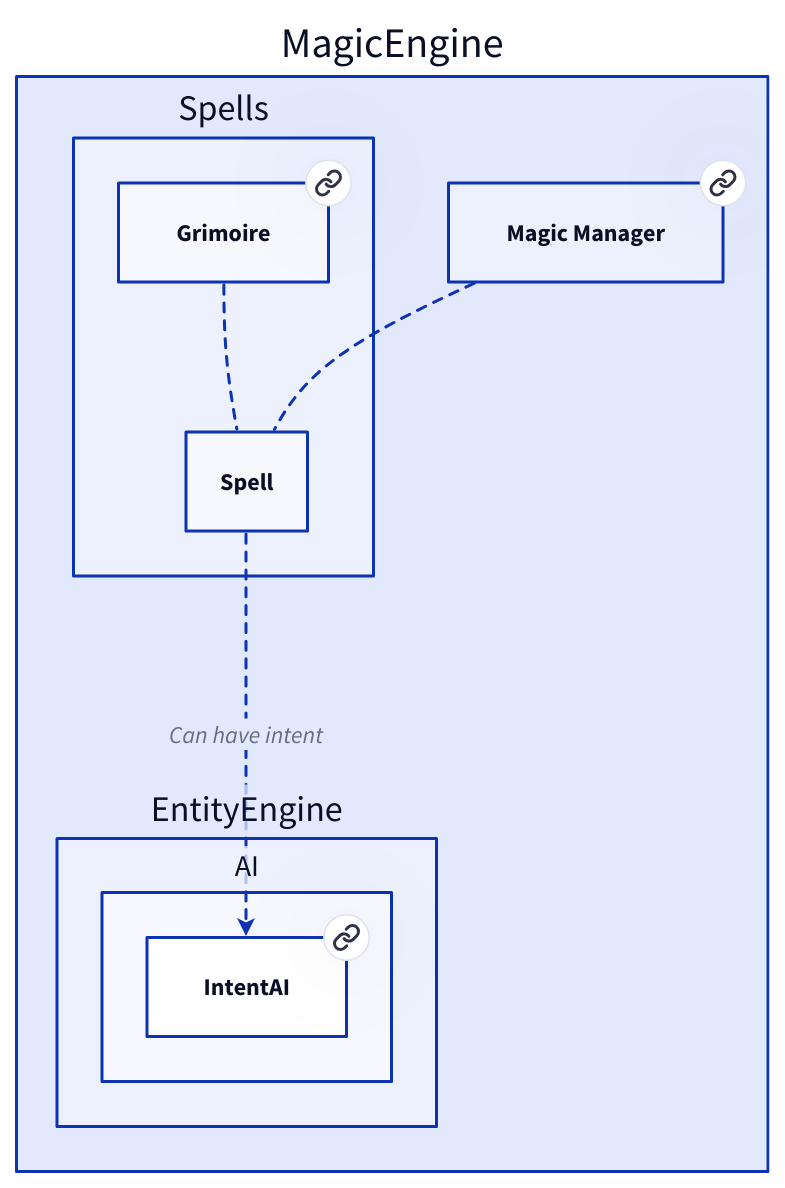
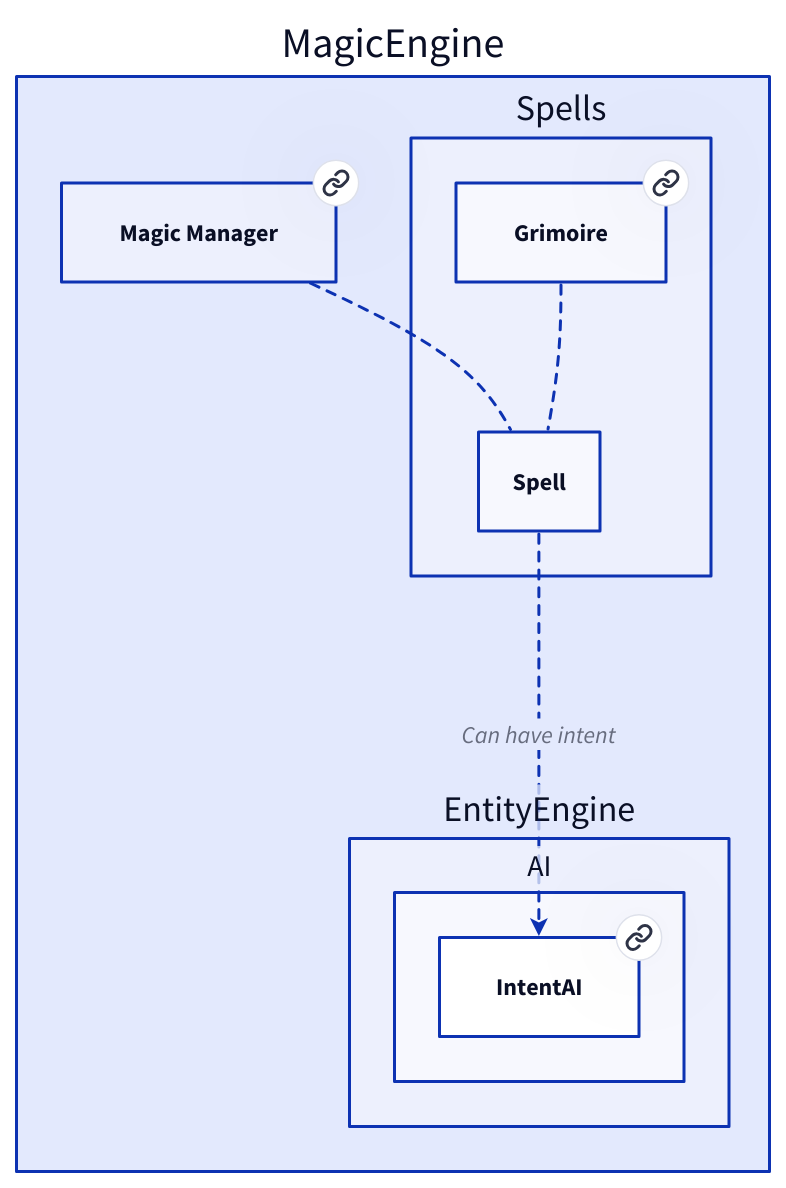
The diagram in doc/MagicEngine/Spells/Spell.md (Portevent/Brume-Documentation), drawn with D2 before and after one commit. The commit also changed other lines of this file and 92 other files, not shown here.

````diff
--- a/doc/MagicEngine/Spells/Spell.md
+++ b/doc/MagicEngine/Spells/Spell.md
@@ -25,29 +25,29 @@
 ```d2
 # Nodes :
 MagicEngine: {
-    Spells: {
-        Grimoire: Grimoire {
-           link: Grimoire
-        }
+    MagicManager: Magic Manager {
+       link: MagicManager
     }
     EntityEngine: {
         AI: {
             IntentAI: IntentAI {
                link: IntentAI
             }
         }
     }
-    MagicManager: Magic Manager {
-       link: MagicManager
+    Spells: {
+        Grimoire: Grimoire {
+           link: Grimoire
+        }
     }
 }
 
 # Links :
+MagicEngine.MagicManager -- MagicEngine.Spells.Spell: {style.stroke-dash: 3}
 MagicEngine.Spells.Grimoire -- MagicEngine.Spells.Spell: {style.stroke-dash: 3}
-MagicEngine.MagicManager -- MagicEngine.Spells.Spell: {style.stroke-dash: 3}
 MagicEngine.Spells.Spell -> MagicEngine.EntityEngine.AI.IntentAI: Can have intent {style.stroke-dash: 3
 source-arrowhead: {}
 target-arrowhead: {shape: arrow}
 }
 
 ```
````
